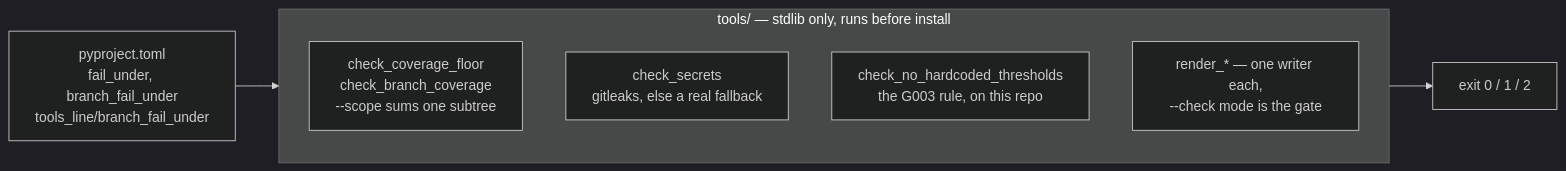
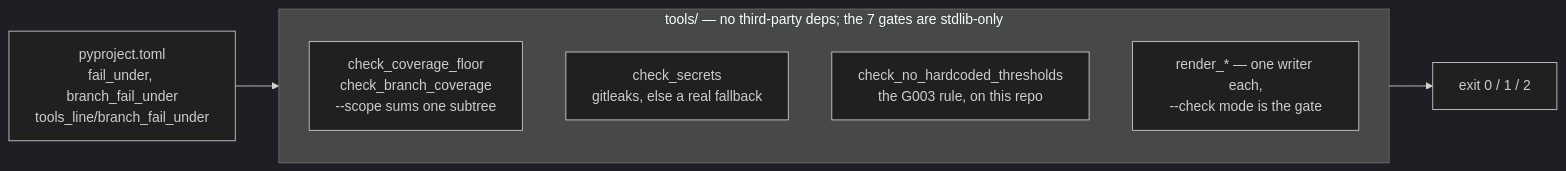
Before and after one commit to ianshank/planlint: the diagram in tools/AGENTS.md, drawn with Mermaid (dark theme). The commit also changed other lines of this file and 7 other files, not shown here.

````diff
--- a/tools/AGENTS.md
+++ b/tools/AGENTS.md
@@ -8,12 +8,12 @@
 ```mermaid
 flowchart LR
     cfg["pyproject.toml<br/>fail_under, branch_fail_under<br/>tools_line/branch_fail_under"] --> gates
-    subgraph gates["tools/ — stdlib only, runs before install"]
+    subgraph gates["tools/ — no third-party deps; the 7 gates are stdlib-only"]
         direction TB
         cov["check_coverage_floor<br/>check_branch_coverage<br/>--scope sums one subtree"]
         sec["check_secrets<br/>gitleaks, else a real fallback"]
         thr["check_no_hardcoded_thresholds<br/>the G003 rule, on this repo"]
         gen["render_* — one writer each,<br/>--check mode is the gate"]
     end
     gates --> verdict["exit 0 / 1 / 2"]
 ```
````
